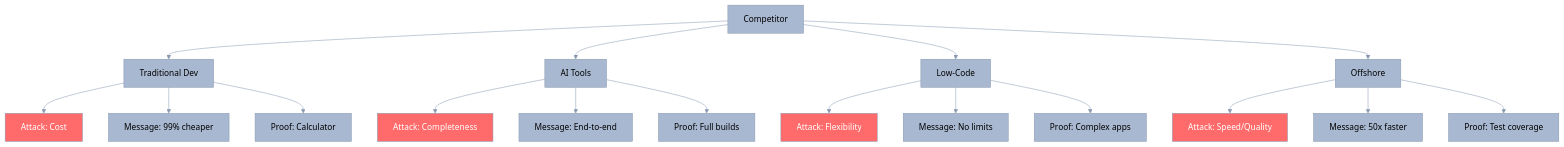
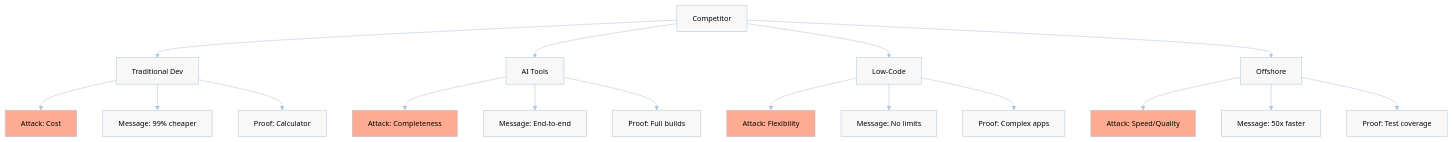
Before and after one commit to o2alexanderfedin/AI-Hive-Business-Docs: diagram 13 of 18 in business-documents/competitive-positioning/06-go-to-market-positioning.md, drawn with Mermaid. The commit also changed other lines of this file, not shown here.

First line of the commit message:
Update go-to-market positioning diagrams to lighter color scheme

````diff
--- a/business-documents/competitive-positioning/06-go-to-market-positioning.md
+++ b/business-documents/competitive-positioning/06-go-to-market-positioning.md
@@ -713,40 +785,46 @@
 ```mermaid
 %%{init: {
   'theme': 'base',
   'themeVariables': {
-    'primaryColor': '#A8B8D0',
+    'primaryColor': '#E0E8F0',
     'primaryTextColor': '#000000',
-    'primaryBorderColor': '#8A9AB2',
-    'lineColor': '#8A9AB2',
-    'secondaryColor': '#5DBCB6',
-    'tertiaryColor': '#84D4F5',
-    'background': '#F5F5F5'
+    'primaryBorderColor': '#B0C5D8',
+    'lineColor': '#B0C5D8',
+    'secondaryColor': '#D5E8E0',
+    'tertiaryColor': '#E0F0F8',
+    'background': '#FFFFFF',
+    'mainBkg': '#F8F8F8',
+    'secondBkg': '#F0F0F0',
+    'darkMode': false,
+    'fontFamily': 'Arial, sans-serif',
+    'fontSize': '14px',
+    'textColor': '#000000'
   }
 }}%%
 graph TD
     A[Competitor] --> B[Traditional Dev]
     A --> C[AI Tools]
     A --> D[Low-Code]
     A --> E[Offshore]
 
     B --> B1[Attack: Cost]
     B --> B2[Message: 99% cheaper]
     B --> B3[Proof: Calculator]
 
     C --> C1[Attack: Completeness]
     C --> C2[Message: End-to-end]
     C --> C3[Proof: Full builds]
 
     D --> D1[Attack: Flexibility]
     D --> D2[Message: No limits]
     D --> D3[Proof: Complex apps]
 
     E --> E1[Attack: Speed/Quality]
     E --> E2[Message: 50x faster]
     E --> E3[Proof: Test coverage]
 
-    style B1 fill:#FF6B6B,color:#fff
-    style C1 fill:#FF6B6B,color:#fff
-    style D1 fill:#FF6B6B,color:#fff
-    style E1 fill:#FF6B6B,color:#fff
+    style B1 fill:#FFAB91,color:#000000
+    style C1 fill:#FFAB91,color:#000000
+    style D1 fill:#FFAB91,color:#000000
+    style E1 fill:#FFAB91,color:#000000
 ```
````
